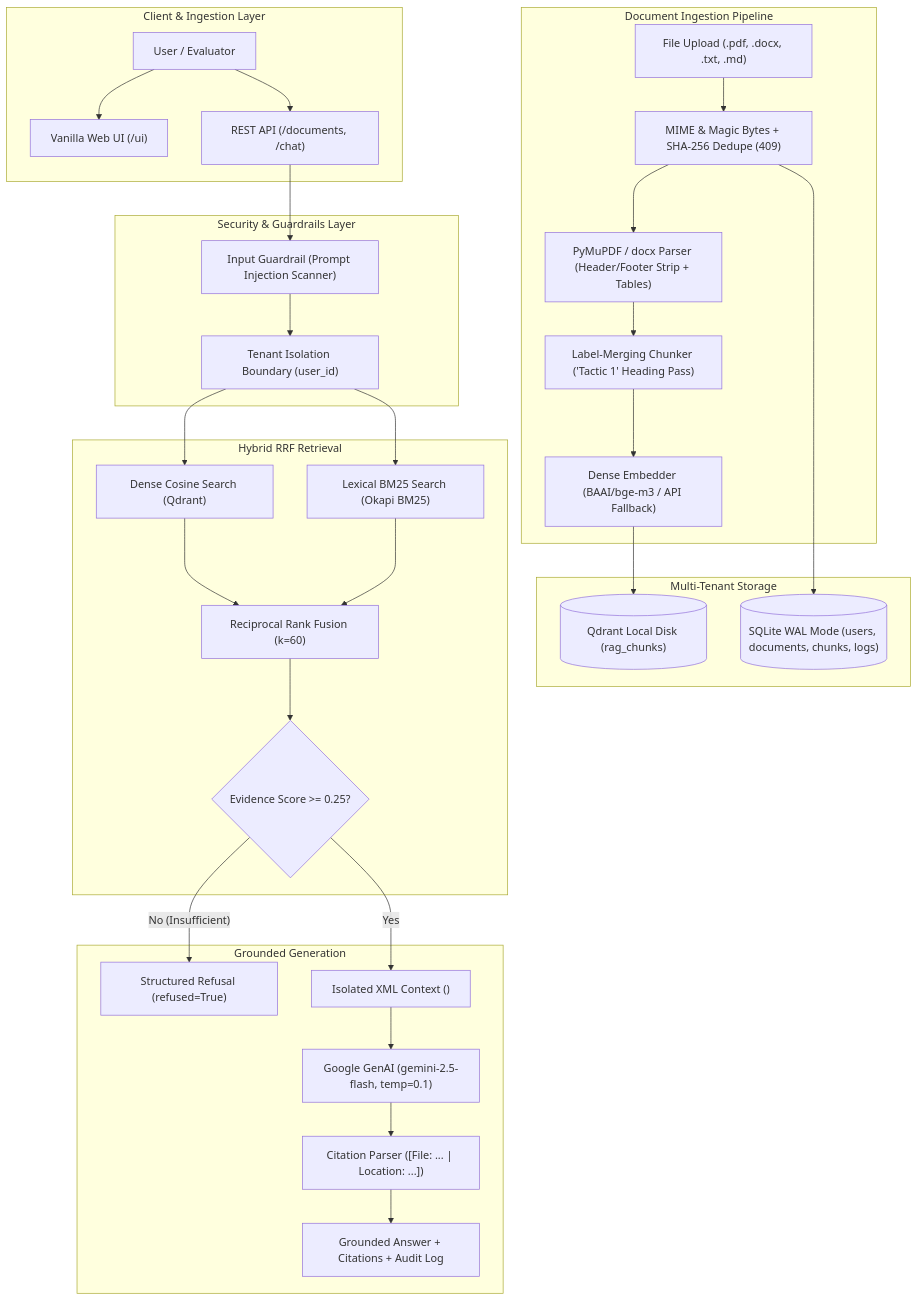
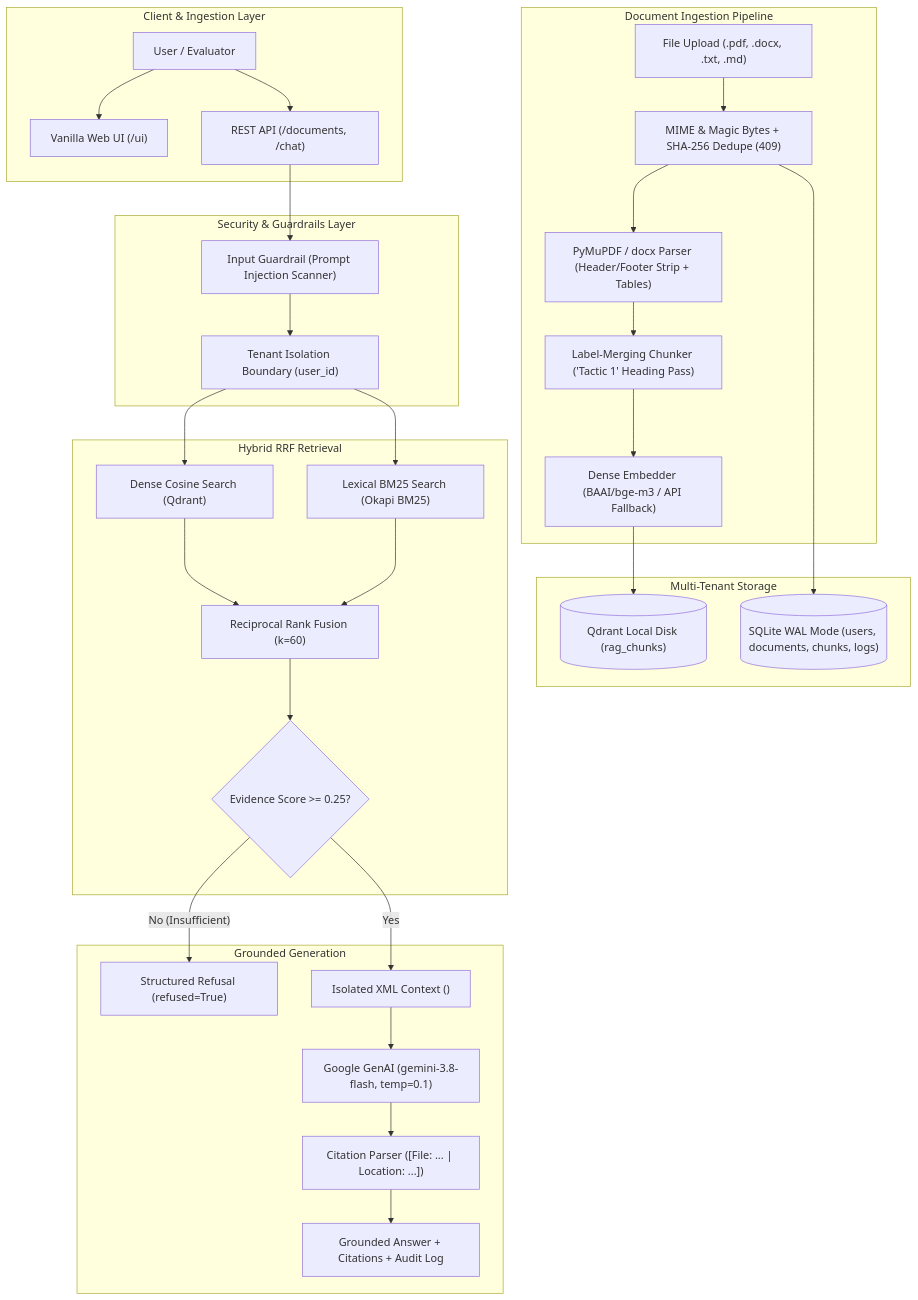
One commit to Tayyab1233/IEC_Project_01_Rag_System changed the diagram in README.md. Above: the diagram before and after it, drawn with Mermaid. The commit also changed other lines of this file and 5 other files, not shown here.

````diff
--- a/README.md
+++ b/README.md
@@ -16,39 +16,39 @@
 ```mermaid
 flowchart TD
     subgraph ClientLayer["Client & Ingestion Layer"]
         User["User / Evaluator"] --> WebUI["Vanilla Web UI (/ui)"]
         User --> API["REST API (/documents, /chat)"]
     end
 
     subgraph SecurityLayer["Security & Guardrails Layer"]
         API --> InputGuard["Input Guardrail (Prompt Injection Scanner)"]
         InputGuard --> TenantFilter["Tenant Isolation Boundary (user_id)"]
     end
 
     subgraph IngestionPipeline["Document Ingestion Pipeline"]
         Upload["File Upload (.pdf, .docx, .txt, .md)"] --> Validator["MIME & Magic Bytes + SHA-256 Dedupe (409)"]
         Validator --> Extractor["PyMuPDF / docx Parser (Header/Footer Strip + Tables)"]
         Extractor --> Chunker["Label-Merging Chunker ('Tactic 1' Heading Pass)"]
         Chunker --> VectorStoreIndex["Dense Embedder (BAAI/bge-m3 / API Fallback)"]
     end
 
     subgraph StorageLayer["Multi-Tenant Storage"]
         VectorStoreIndex --> Qdrant[("Qdrant Local Disk (rag_chunks)")]
         Validator --> SQLite[("SQLite WAL Mode (users, documents, chunks, logs)")]
     end
 
     subgraph RetrievalLayer["Hybrid RRF Retrieval"]
         TenantFilter --> DenseSearch["Dense Cosine Search (Qdrant)"]
         TenantFilter --> SparseSearch["Lexical BM25 Search (Okapi BM25)"]
         DenseSearch & SparseSearch --> RRF["Reciprocal Rank Fusion (k=60)"]
         RRF --> ThresholdCheck{"Evidence Score >= 0.25?"}
     end
 
     subgraph GenerationLayer["Grounded Generation"]
         ThresholdCheck -- "No (Insufficient)" --> Refusal["Structured Refusal (refused=True)"]
         ThresholdCheck -- "Yes" --> ContextPack["Isolated XML Context (<context>)"]
-        ContextPack --> LLM["Google GenAI (gemini-2.5-flash, temp=0.1)"]
+        ContextPack --> LLM["Google GenAI (gemini-3.8-flash, temp=0.1)"]
         LLM --> CitationParser["Citation Parser ([File: ... | Location: ...])"]
         CitationParser --> Response["Grounded Answer + Citations + Audit Log"]
     end
 ```
````
